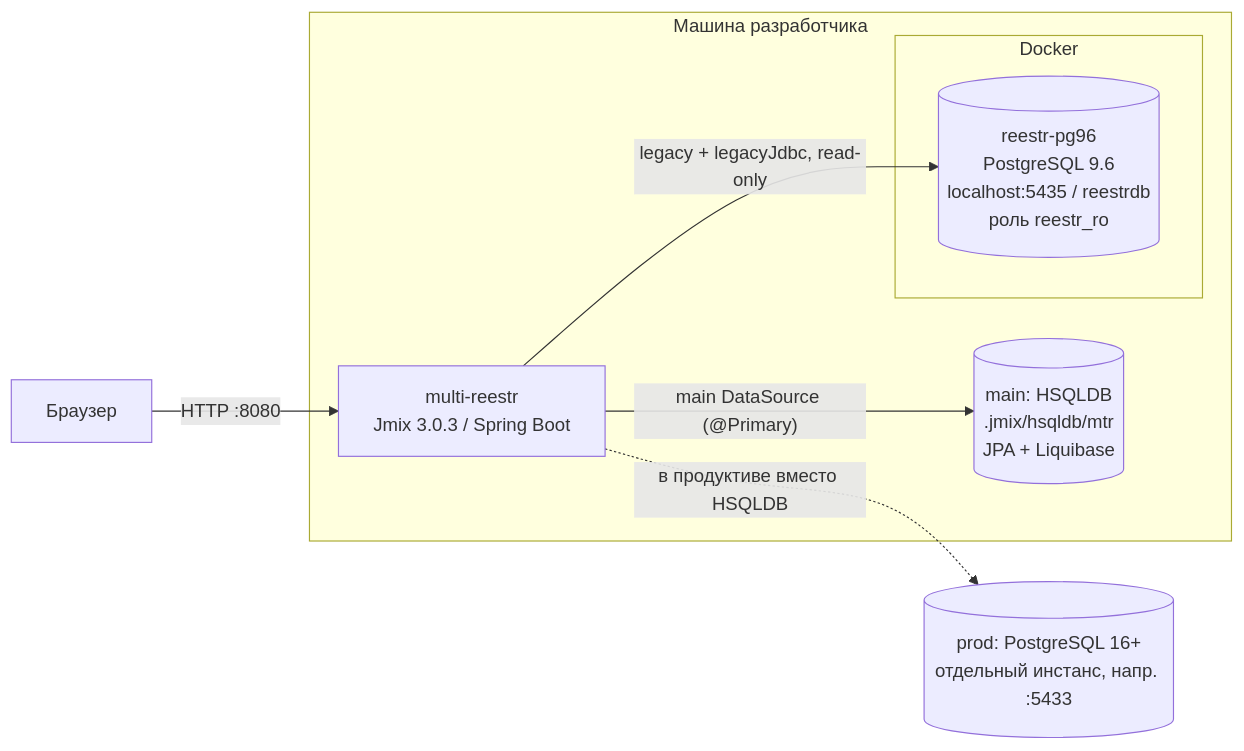
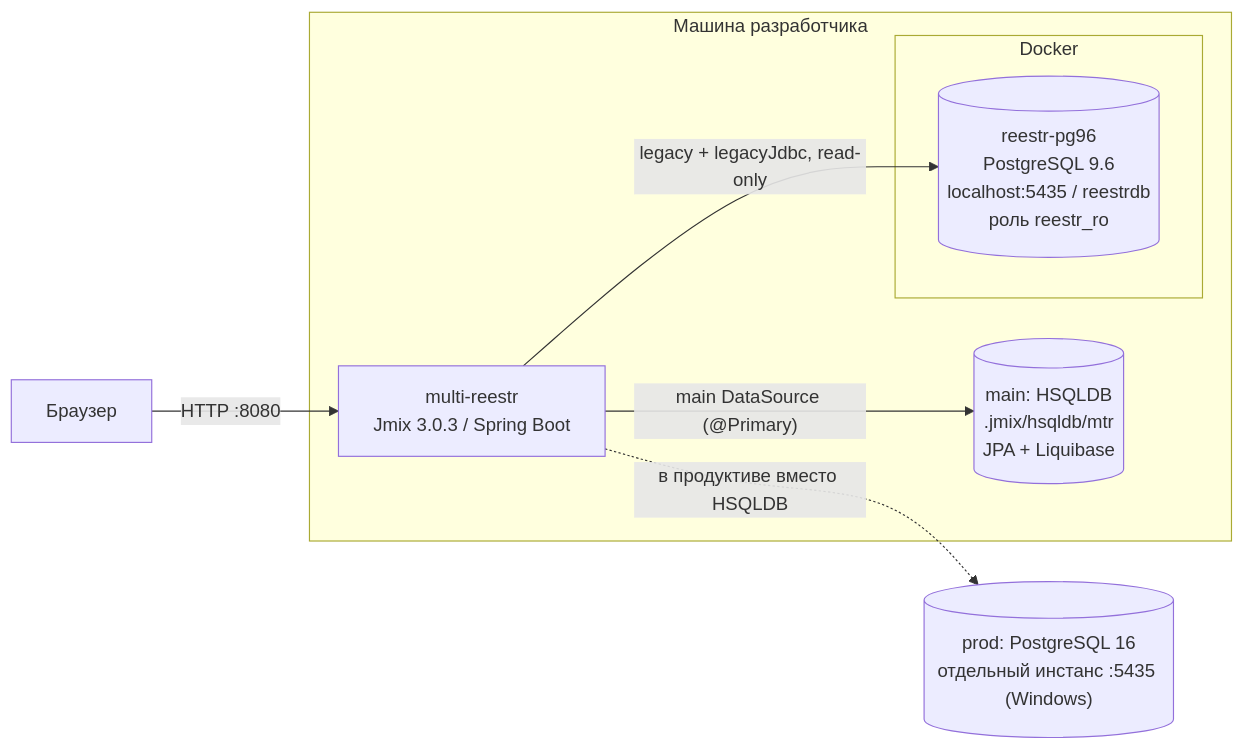
The diagram in docs/lessons/lesson-01-legacy.md (stasmakarov/multi-reestr-helper), drawn with Mermaid before and after one commit. The commit also changed other lines of this file and 13 other files, not shown here.

````diff
--- a/docs/lessons/lesson-01-legacy.md
+++ b/docs/lessons/lesson-01-legacy.md
@@ -50,15 +54,15 @@
 ```mermaid
 flowchart LR
     B["Браузер"] -->|"HTTP :8080"| APP
     subgraph DEV["Машина разработчика"]
         APP["multi-reestr<br/>Jmix 3.0.3 / Spring Boot"]
         H[("main: HSQLDB<br/>.jmix/hsqldb/mtr<br/>JPA + Liquibase")]
         subgraph DOCKER["Docker"]
             L[("reestr-pg96<br/>PostgreSQL 9.6<br/>localhost:5435 / reestrdb<br/>роль reestr_ro")]
         end
     end
-    P[("prod: PostgreSQL 16+<br/>отдельный инстанс, напр. :5433")]
+    P[("prod: PostgreSQL 16<br/>отдельный инстанс :5435 (Windows)")]
     APP -->|"main DataSource (@Primary)"| H
     APP -->|"legacy + legacyJdbc, read-only"| L
     APP -.->|"в продуктиве вместо HSQLDB"| P
 ```
````
